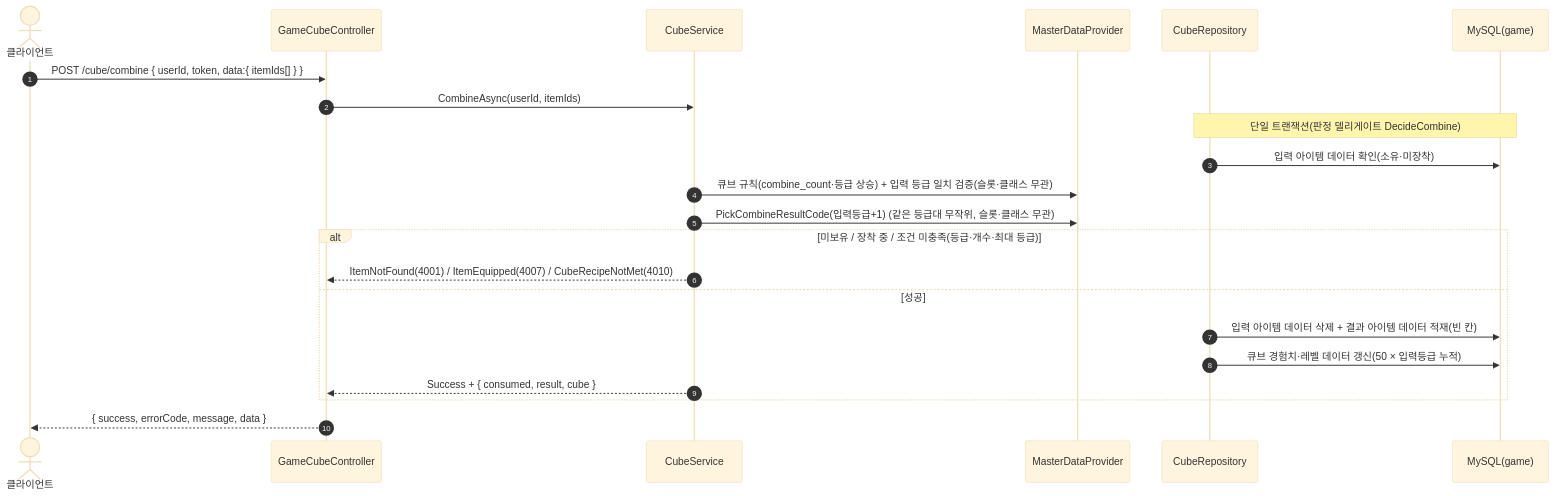
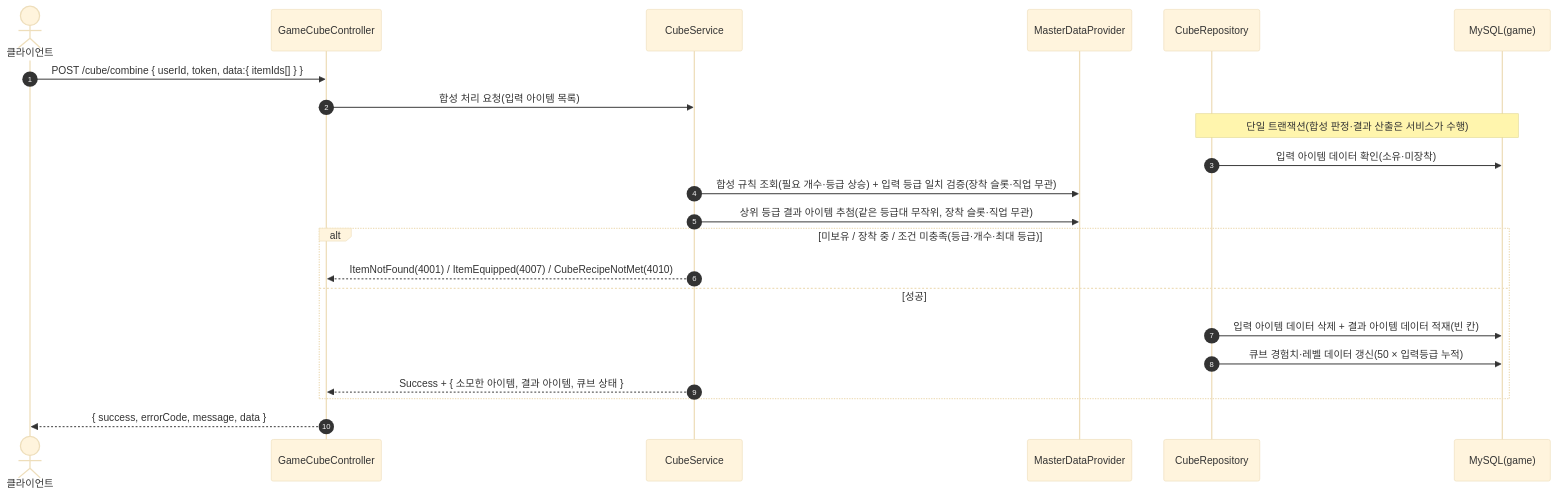
One commit to ks-wook/com2us-taskbar-hero changed the first of 3 diagrams in SequenceDiagram/GameCubeController.md. Above: the diagram before and after it, drawn with Mermaid (base theme). The commit also changed other lines of this file and 7 other files, not shown here.

Commit message:
시퀀스 다이어그램 수정

````diff
--- a/SequenceDiagram/GameCubeController.md
+++ b/SequenceDiagram/GameCubeController.md
@@ -9,25 +9,25 @@
 ```mermaid
 sequenceDiagram
     autonumber
     actor C as 클라이언트
     participant Ctrl as GameCubeController
     participant Svc as CubeService
     participant MD as MasterDataProvider
     participant Repo as CubeRepository
     participant DB as MySQL(game)
 
     C->>Ctrl: POST /cube/combine { userId, token, data:{ itemIds[] } }
-    Ctrl->>Svc: CombineAsync(userId, itemIds)
-    Note over Repo,DB: 단일 트랜잭션(판정 델리게이트 DecideCombine)
+    Ctrl->>Svc: 합성 처리 요청(입력 아이템 목록)
+    Note over Repo,DB: 단일 트랜잭션(합성 판정·결과 산출은 서비스가 수행)
     Repo->>DB: 입력 아이템 데이터 확인(소유·미장착)
-    Svc->>MD: 큐브 규칙(combine_count·등급 상승) + 입력 등급 일치 검증(슬롯·클래스 무관)
-    Svc->>MD: PickCombineResultCode(입력등급+1) (같은 등급대 무작위, 슬롯·클래스 무관)
+    Svc->>MD: 합성 규칙 조회(필요 개수·등급 상승) + 입력 등급 일치 검증(장착 슬롯·직업 무관)
+    Svc->>MD: 상위 등급 결과 아이템 추첨(같은 등급대 무작위, 장착 슬롯·직업 무관)
     alt 미보유 / 장착 중 / 조건 미충족(등급·개수·최대 등급)
         Svc-->>Ctrl: ItemNotFound(4001) / ItemEquipped(4007) / CubeRecipeNotMet(4010)
     else 성공
         Repo->>DB: 입력 아이템 데이터 삭제 + 결과 아이템 데이터 적재(빈 칸)
         Repo->>DB: 큐브 경험치·레벨 데이터 갱신(50 × 입력등급 누적)
-        Svc-->>Ctrl: Success + { consumed, result, cube }
+        Svc-->>Ctrl: Success + { 소모한 아이템, 결과 아이템, 큐브 상태 }
     end
     Ctrl-->>C: { success, errorCode, message, data }
 ```
````
